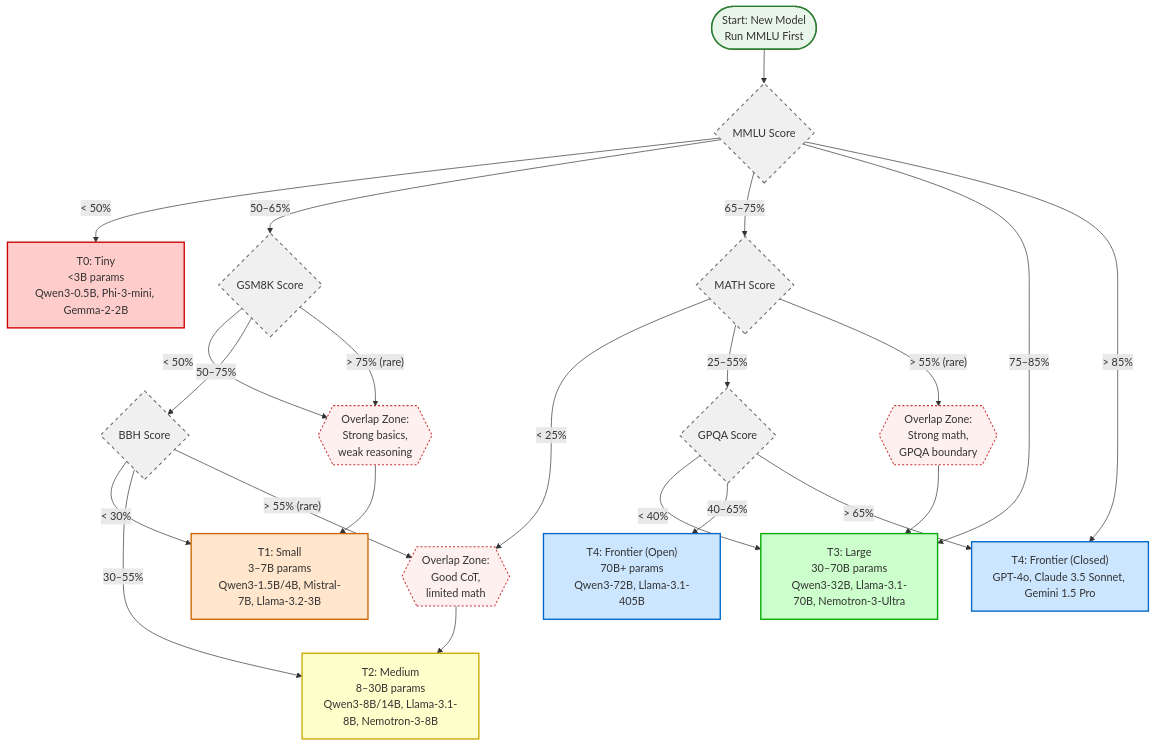
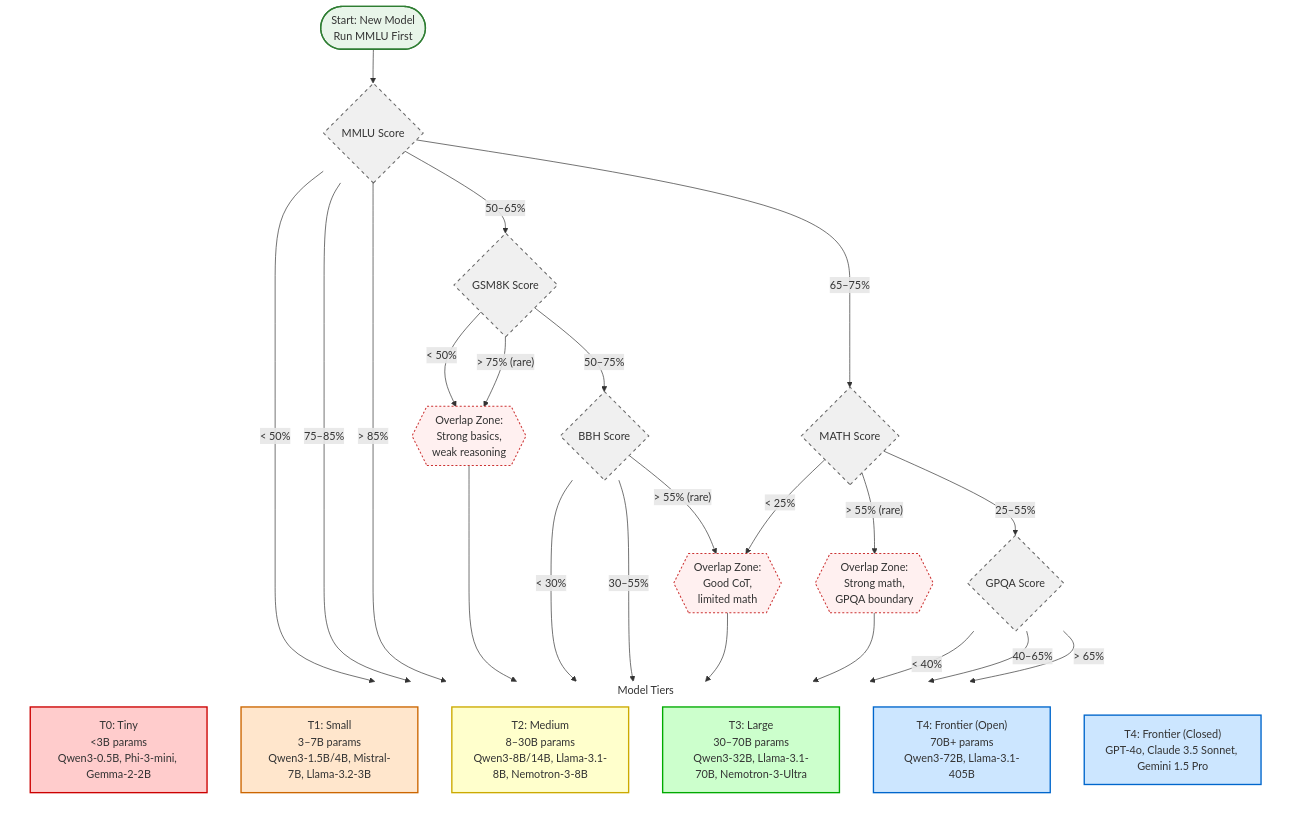
One commit to cjl4hd/engineering-flow-charts changed the first of 3 diagrams in llm-reasoning-benchmarks.md. Above: the diagram before and after it, drawn with Mermaid.

Commit message:
Fix Diagram 1: organize tiers in aligned column subgraph, dark text

````diff
--- a/llm-reasoning-benchmarks.md
+++ b/llm-reasoning-benchmarks.md
@@ -42,72 +42,78 @@
 ```mermaid
 flowchart TD
-    %% Nodes
+    %% ===== LEFT COLUMN: Decision Gates =====
     Start([Start: New Model\nRun MMLU First])
     
     MMLU{MMLU Score}
     GSM8K{GSM8K Score}
     BBH{BBH Score}
     MATH{MATH Score}
     GPQA{GPQA Score}
     
-    T0[T0: Tiny\n<3B params\nQwen3-0.5B, Phi-3-mini, Gemma-2-2B]
-    T1[T1: Small\n3–7B params\nQwen3-1.5B/4B, Mistral-7B, Llama-3.2-3B]
-    T2[T2: Medium\n8–30B params\nQwen3-8B/14B, Llama-3.1-8B, Nemotron-3-8B]
-    T3[T3: Large\n30–70B params\nQwen3-32B, Llama-3.1-70B, Nemotron-3-Ultra]
-    T4open["T4: Frontier (Open)\n70B+ params\nQwen3-72B, Llama-3.1-405B"]
-    T4closed["T4: Frontier (Closed)\nGPT-4o, Claude 3.5 Sonnet, Gemini 1.5 Pro"]
-    
     Overlap1{{Overlap Zone:\nStrong basics,\nweak reasoning}}
     Overlap2{{Overlap Zone:\nGood CoT,\nlimited math}}
     Overlap3{{Overlap Zone:\nStrong math,\nGPQA boundary}}
     
-    %% Edges
+    %% ===== RIGHT COLUMN: Tier Results (aligned vertically) =====
+    subgraph TIERS["Model Tiers"]
+        direction TB
+        T0[T0: Tiny\n<3B params\nQwen3-0.5B, Phi-3-mini, Gemma-2-2B]
+        T1[T1: Small\n3–7B params\nQwen3-1.5B/4B, Mistral-7B, Llama-3.2-3B]
+        T2[T2: Medium\n8–30B params\nQwen3-8B/14B, Llama-3.1-8B, Nemotron-3-8B]
+        T3[T3: Large\n30–70B params\nQwen3-32B, Llama-3.1-70B, Nemotron-3-Ultra]
+        T4open["T4: Frontier (Open)\n70B+ params\nQwen3-72B, Llama-3.1-405B"]
+        T4closed["T4: Frontier (Closed)\nGPT-4o, Claude 3.5 Sonnet, Gemini 1.5 Pro"]
+    end
+    
+    %% ===== EDGES =====
     Start --> MMLU
     
     MMLU -- "< 50%" --> T0
     MMLU -- "50–65%" --> GSM8K
     MMLU -- "65–75%" --> MATH
     MMLU -- "75–85%" --> T3
     MMLU -- "> 85%" --> T4closed
     
     GSM8K -- "< 50%" --> Overlap1
     GSM8K -- "50–75%" --> BBH
     GSM8K -- "> 75% (rare)" --> Overlap1
     
     Overlap1 --> T1
     
     BBH -- "< 30%" --> T1
     BBH -- "30–55%" --> T2
     BBH -- "> 55% (rare)" --> Overlap2
     
     Overlap2 --> T2
     
     MATH -- "< 25%" --> Overlap2
     MATH -- "25–55%" --> GPQA
     MATH -- "> 55% (rare)" --> Overlap3
     
     Overlap3 --> T3
     
     GPQA -- "< 40%" --> T3
     GPQA -- "40–65%" --> T4open
     GPQA -- "> 65%" --> T4closed
     
-    %% Styling
-    classDef tier0 fill:#ffcccc,stroke:#cc0000,stroke-width:2px;
-    classDef tier1 fill:#ffe6cc,stroke:#cc6600,stroke-width:2px;
-    classDef tier2 fill:#ffffcc,stroke:#ccaa00,stroke-width:2px;
-    classDef tier3 fill:#ccffcc,stroke:#00aa00,stroke-width:2px;
-    classDef tier4 fill:#cce6ff,stroke:#0066cc,stroke-width:2px;
-    classDef gate fill:#f0f0f0,stroke:#666,stroke-width:1.5px,stroke-dasharray: 5 5;
-    classDef overlap fill:#fff0f0,stroke:#cc3333,stroke-width:1.5px,stroke-dasharray: 3 3;
-    classDef start fill:#e8f5e9,stroke:#2e7d32,stroke-width:2px;
+    %% ===== STYLING =====
+    classDef tier0 fill:#ffcccc,stroke:#cc0000,stroke-width:2px,color:#333;
+    classDef tier1 fill:#ffe6cc,stroke:#cc6600,stroke-width:2px,color:#333;
+    classDef tier2 fill:#ffffcc,stroke:#ccaa00,stroke-width:2px,color:#333;
+    classDef tier3 fill:#ccffcc,stroke:#00aa00,stroke-width:2px,color:#333;
+    classDef tier4 fill:#cce6ff,stroke:#0066cc,stroke-width:2px,color:#333;
+    classDef gate fill:#f0f0f0,stroke:#666,stroke-width:1.5px,stroke-dasharray: 5 5,color:#333;
+    classDef overlap fill:#fff0f0,stroke:#cc3333,stroke-width:1.5px,stroke-dasharray: 3 3,color:#333;
+    classDef start fill:#e8f5e9,stroke:#2e7d32,stroke-width:2px,color:#333;
+    classDef tierBox fill:none,stroke:none;
     
     class T0 tier0;
     class T1 tier1;
     class T2 tier2;
     class T3 tier3;
     class T4open,T4closed tier4;
     class MMLU,GSM8K,BBH,MATH,GPQA gate;
     class Overlap1,Overlap2,Overlap3 overlap;
     class Start start;
+    class TIERS tierBox;
 ```
````
